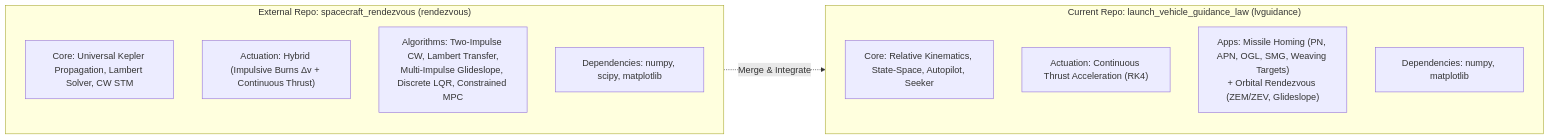
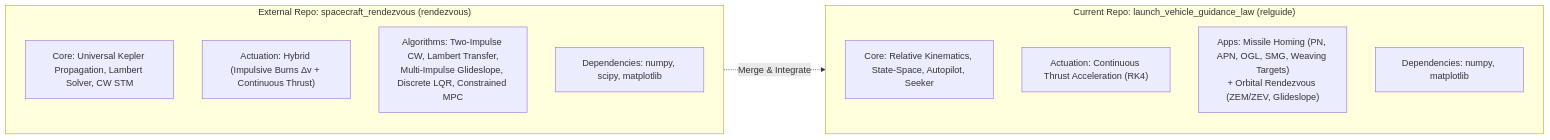
Before and after one commit to ericzhng/relative_guidance_framework: the diagram in docs/rendezvous_merge_plan.md, drawn with Mermaid. The commit also changed other lines of this file and 99 other files, not shown here.

Commit message:
refactor: rename package from lvguidance to relguide

````diff
--- a/docs/rendezvous_merge_plan.md
+++ b/docs/rendezvous_merge_plan.md
@@ -15,20 +15,20 @@
 ```mermaid
 flowchart LR
-    subgraph Host ["Current Repo: launch_vehicle_guidance_law (lvguidance)"]
+    subgraph Host ["Current Repo: launch_vehicle_guidance_law (relguide)"]
         direction TB
         H1["Core: Relative Kinematics, State-Space, Autopilot, Seeker"]
         H2["Actuation: Continuous Thrust Acceleration (RK4)"]
         H3["Apps: Missile Homing (PN, APN, OGL, SMG, Weaving Targets)<br/>+ Orbital Rendezvous (ZEM/ZEV, Glideslope)"]
         H4["Dependencies: numpy, matplotlib"]
     end
 
     subgraph Source ["External Repo: spacecraft_rendezvous (rendezvous)"]
         direction TB
         S1["Core: Universal Kepler Propagation, Lambert Solver, CW STM"]
         S2["Actuation: Hybrid (Impulsive Burns Δv + Continuous Thrust)"]
         S3["Algorithms: Two-Impulse CW, Lambert Transfer,<br/>Multi-Impulse Glideslope, Discrete LQR, Constrained MPC"]
         S4["Dependencies: numpy, scipy, matplotlib"]
     end
 
     Source -.-> |Merge & Integrate| Host
 ```
````
